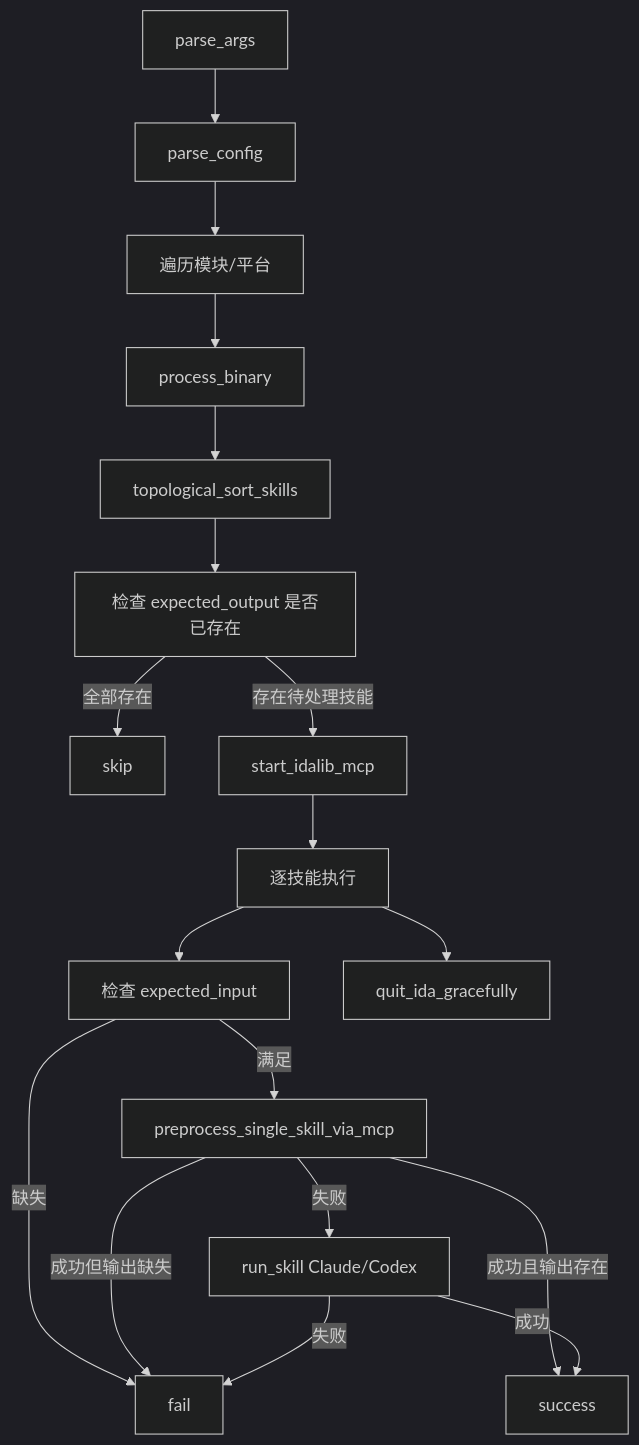
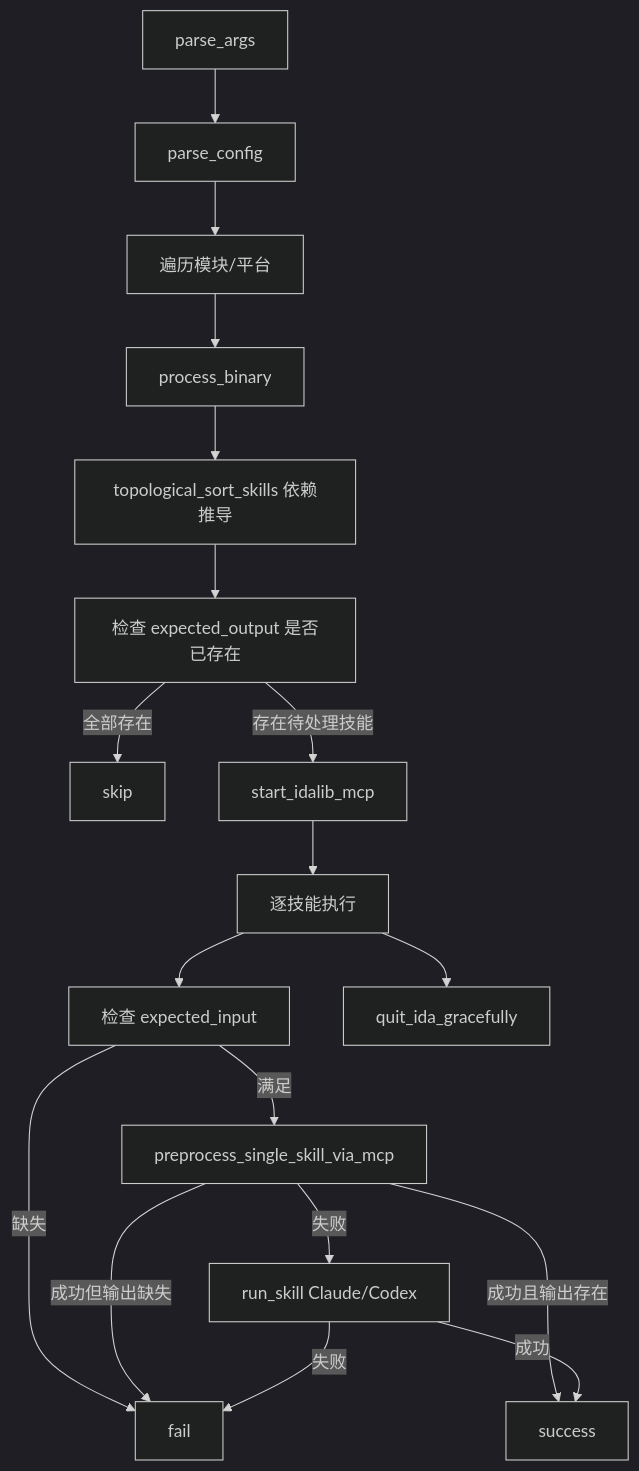
The diagram in .serena/memories/ida_analyze_bin.md (hzqst/CS2_VibeSignatures), drawn with Mermaid (dark theme) before and after one commit. The commit also changed other lines of this file and 2 other files, not shown here.

````diff
--- a/.serena/memories/ida_analyze_bin.md
+++ b/.serena/memories/ida_analyze_bin.md
@@ -25,20 +25,20 @@
 ```mermaid
 flowchart TD
   A[parse_args] --> B[parse_config]
   B --> C[遍历模块/平台]
   C --> D[process_binary]
-  D --> E[topological_sort_skills]
+  D --> E[topological_sort_skills 依赖推导]
   E --> F[检查 expected_output 是否已存在]
   F -->|全部存在| G[skip]
   F -->|存在待处理技能| H[start_idalib_mcp]
   H --> I[逐技能执行]
   I --> J[检查 expected_input]
   J -->|缺失| K[fail]
   J -->|满足| L[preprocess_single_skill_via_mcp]
   L -->|成功且输出存在| O[success]
   L -->|成功但输出缺失| K
   L -->|失败| N[run_skill Claude/Codex]
   N -->|成功| O
   N -->|失败| K
   I --> Q[quit_ida_gracefully]
 ```
````
